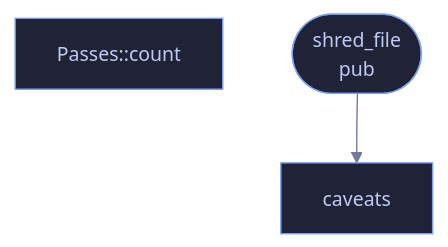
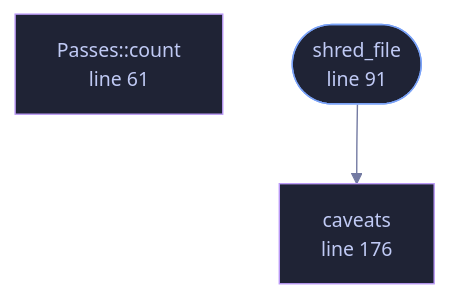
One commit to tilas01/veilvoice changed the diagram in docs/files/veilvoice-crypto/shred.md. Above: the diagram before and after it, drawn with Mermaid. The commit also changed other lines of this file and 182 other files, not shown here.

````diff
--- a/docs/files/veilvoice-crypto/shred.md
+++ b/docs/files/veilvoice-crypto/shred.md
@@ -68,8 +85,12 @@
 ```mermaid
 %%{init: {"theme":"base","themeVariables":{"background":"#1a1b26","primaryColor":"#1f2335","primaryTextColor":"#c0caf5","primaryBorderColor":"#7aa2f7","secondaryColor":"#16161e","tertiaryColor":"#16161e","lineColor":"#737aa2","textColor":"#c0caf5","mainBkg":"#1f2335","nodeBorder":"#7aa2f7","clusterBkg":"#16161e","clusterBorder":"#2f3549","fontFamily":"ui-monospace, SFMono-Regular, Consolas, monospace","fontSize":"14px"}}}%%
 flowchart TD
-    n_count["Passes::count"]
-    n_shred_file(["shred_file<br/>pub"])
-    n_caveats["caveats"]
+    n_count["Passes::count<br/>line 61"]
+    n_shred_file(["shred_file<br/>line 91"])
+    n_caveats["caveats<br/>line 176"]
     n_shred_file --> n_caveats
+    classDef entry fill:#1f2335,stroke:#7aa2f7,color:#c0caf5
+    class n_shred_file entry
+    classDef helper fill:#1f2335,stroke:#bb9af7,color:#c0caf5
+    class n_count,n_caveats helper
 ```
````
